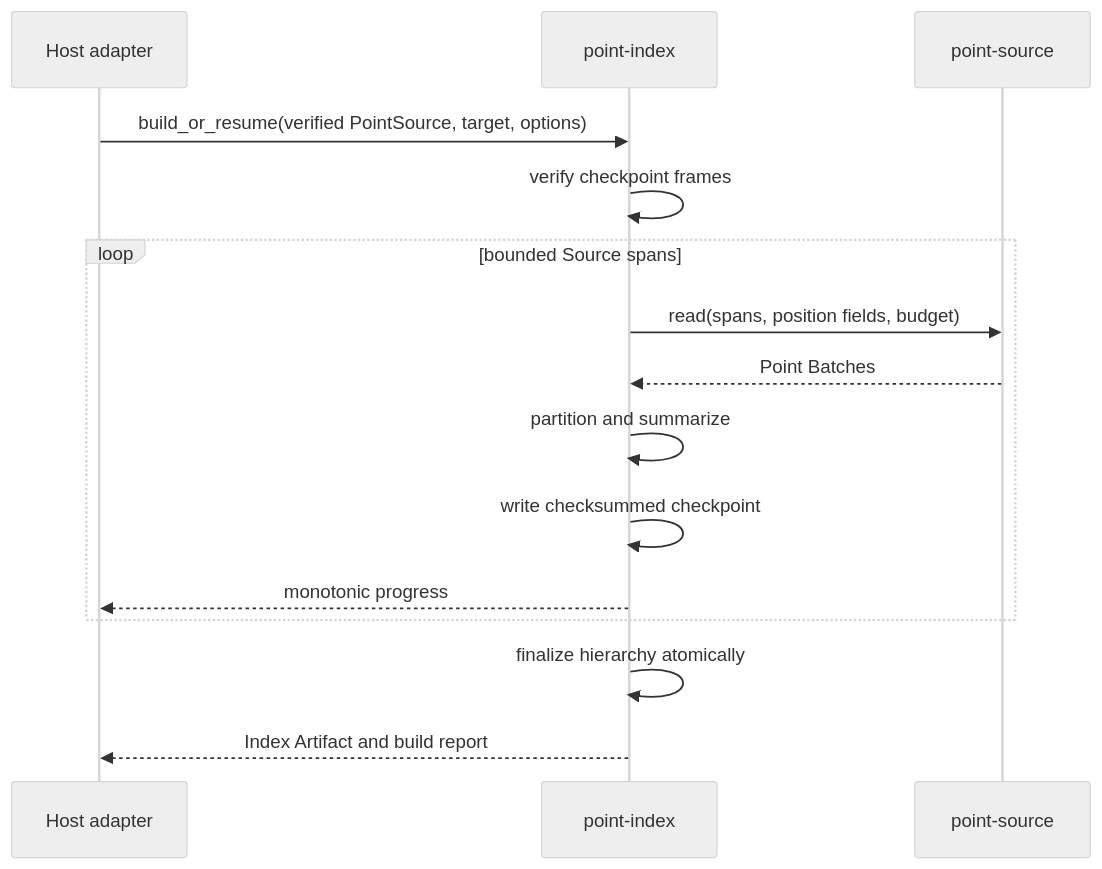
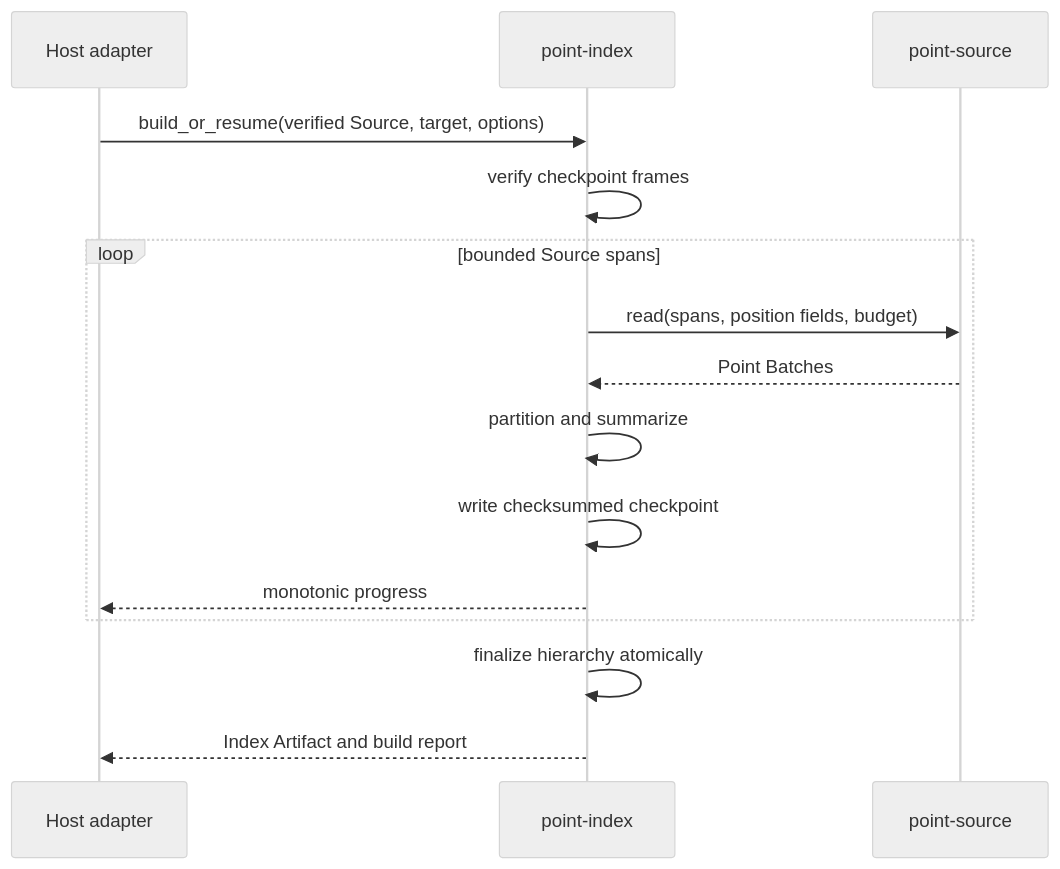
Before and after one commit to xxibcill/punctra: the second of 8 diagrams in docs/architecture/workflows.md, drawn with Mermaid (neutral theme). The commit also changed other lines of this file and 38 other files, not shown here.

```diff
--- a/docs/architecture/workflows.md
+++ b/docs/architecture/workflows.md
@@ -72,20 +70,20 @@
 ~~~mermaid
 sequenceDiagram
     participant APP as Host adapter
     participant IDX as point-index
     participant SRC as point-source
 
-    APP->>IDX: build_or_resume(verified PointSource, target, options)
+    APP->>IDX: build_or_resume(verified Source, target, options)
     IDX->>IDX: verify checkpoint frames
 
     loop bounded Source spans
         IDX->>SRC: read(spans, position fields, budget)
         SRC-->>IDX: Point Batches
         IDX->>IDX: partition and summarize
         IDX->>IDX: write checksummed checkpoint
         IDX-->>APP: monotonic progress
     end
 
     IDX->>IDX: finalize hierarchy atomically
     IDX-->>APP: Index Artifact and build report
 ~~~
```
